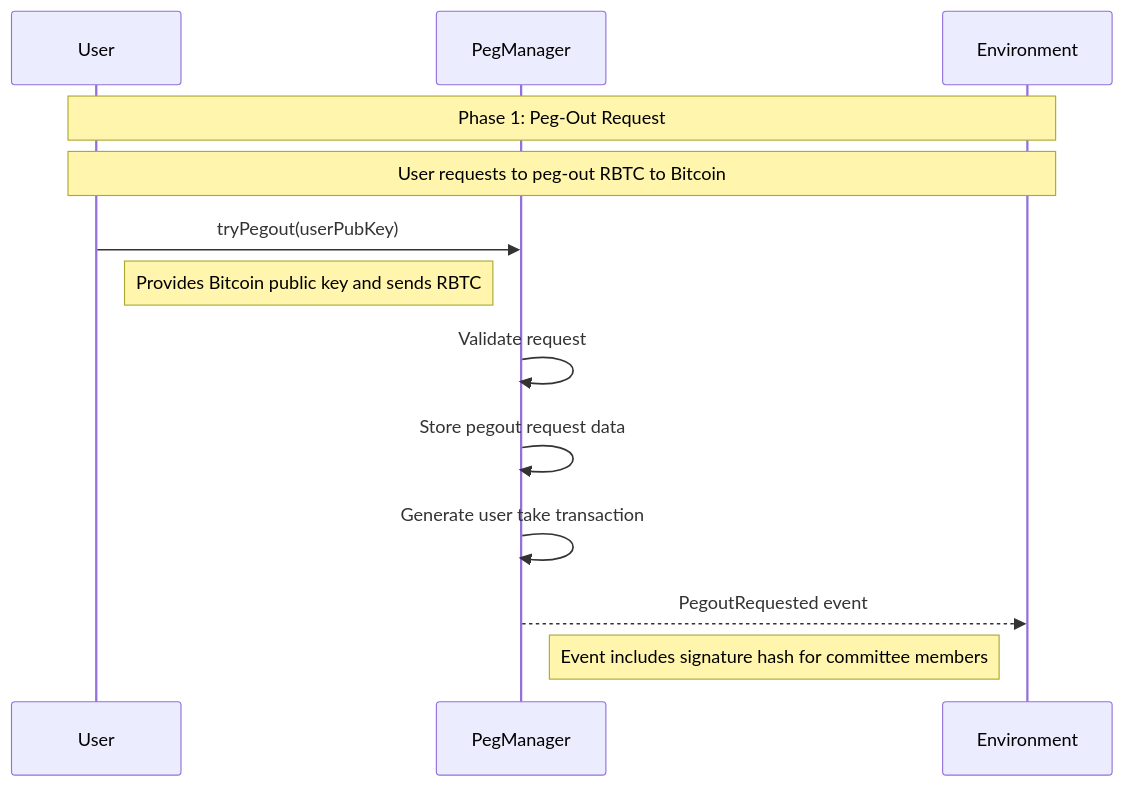
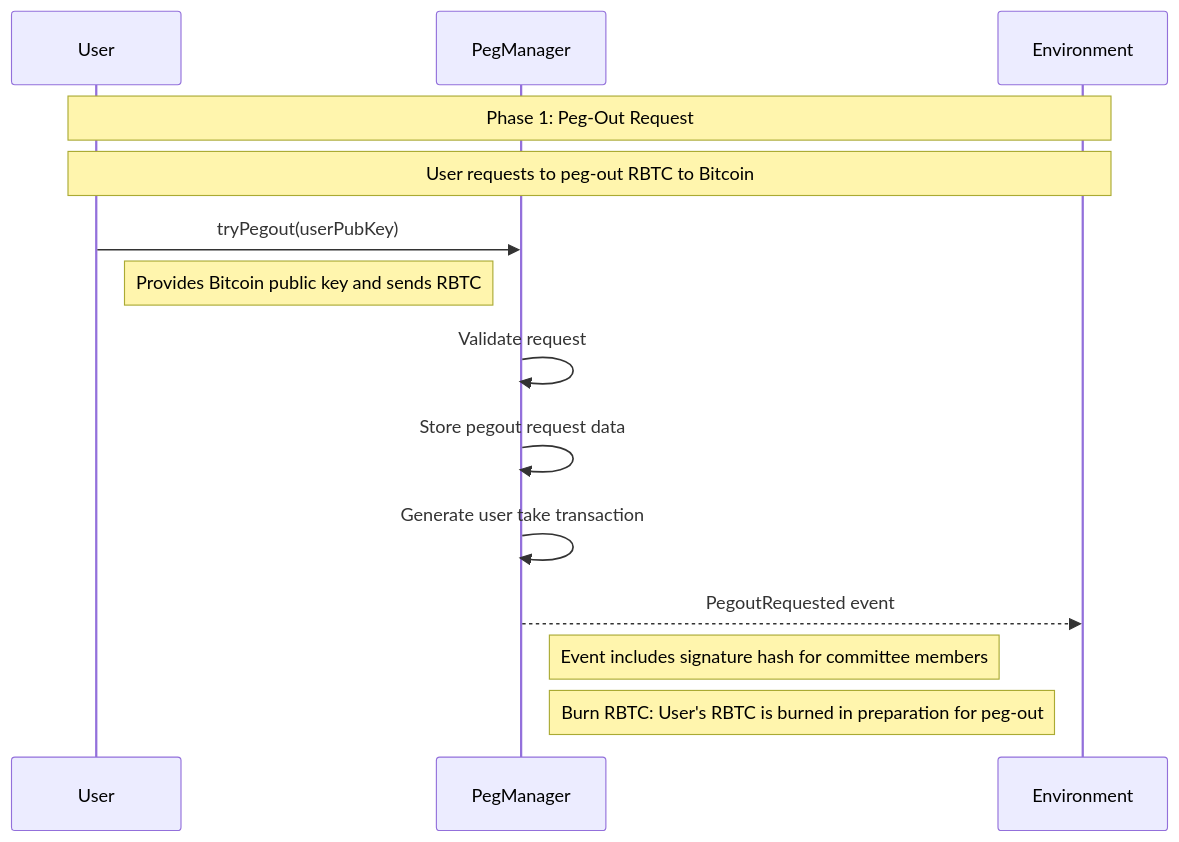
Before and after one commit to rsksmart/union-bridge-contracts: the eighth of 11 diagrams in README.md, drawn with Mermaid. The commit also changed other lines of this file, not shown here.

Commit message:
Documentation improvements: added missing interactions to diagrams, added descriptions to diagrams.

````diff
--- a/README.md
+++ b/README.md
@@ -271,17 +272,19 @@
 ```mermaid
 sequenceDiagram
     participant U as User
     participant PM as PegManager
     participant ENV as Environment
 
     Note over U,ENV: Phase 1: Peg-Out Request
     Note over U,ENV: User requests to peg-out RBTC to Bitcoin
 
     U->>PM: tryPegout(userPubKey)
     Note right of U: Provides Bitcoin public key and sends RBTC
     PM->>PM: Validate request
     PM->>PM: Store pegout request data
     PM->>PM: Generate user take transaction
     PM-->>ENV: PegoutRequested event
     Note right of PM: Event includes signature hash for committee members
+    Note right of PM: Burn RBTC: User's RBTC is burned in preparation for peg-out
+
 ```
````
